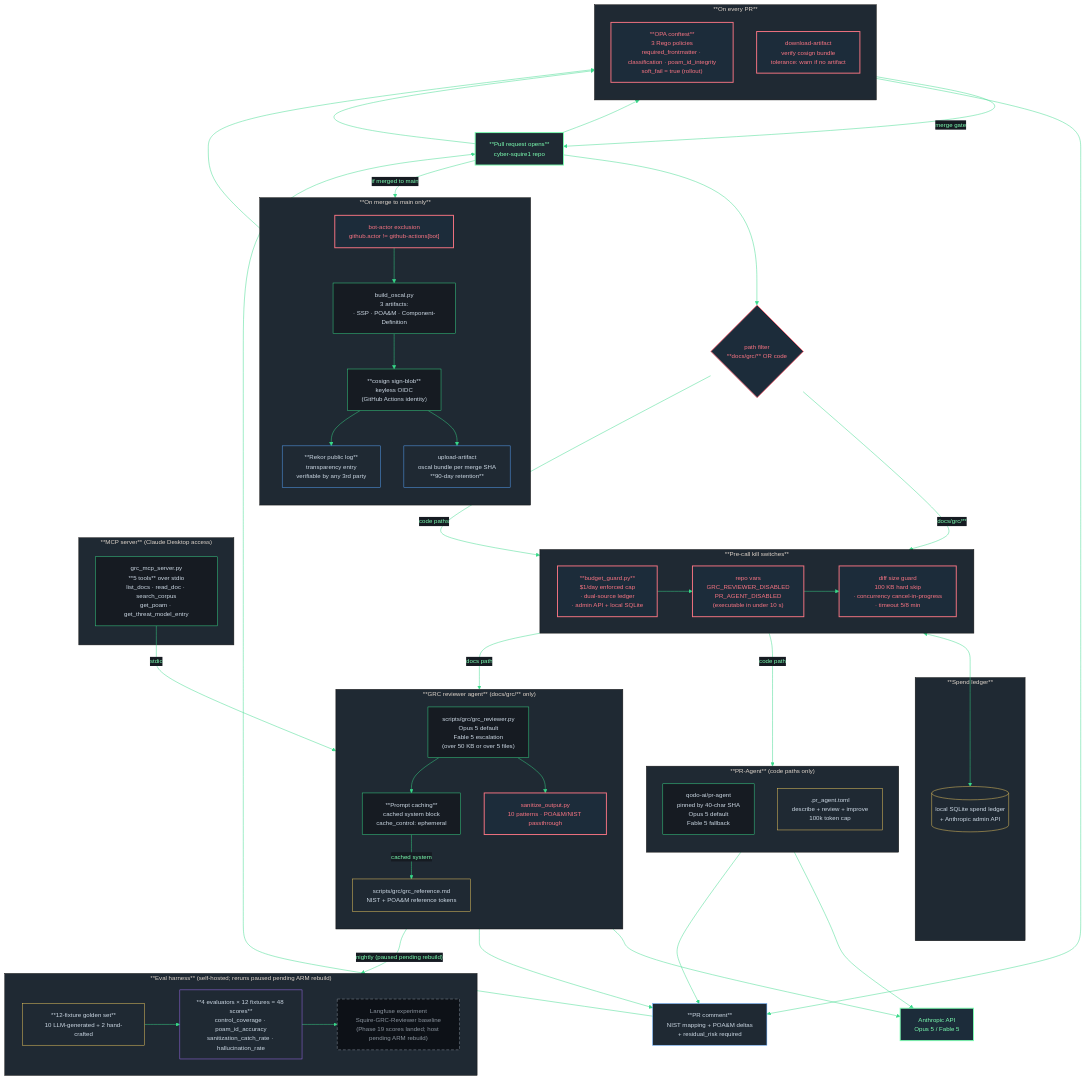
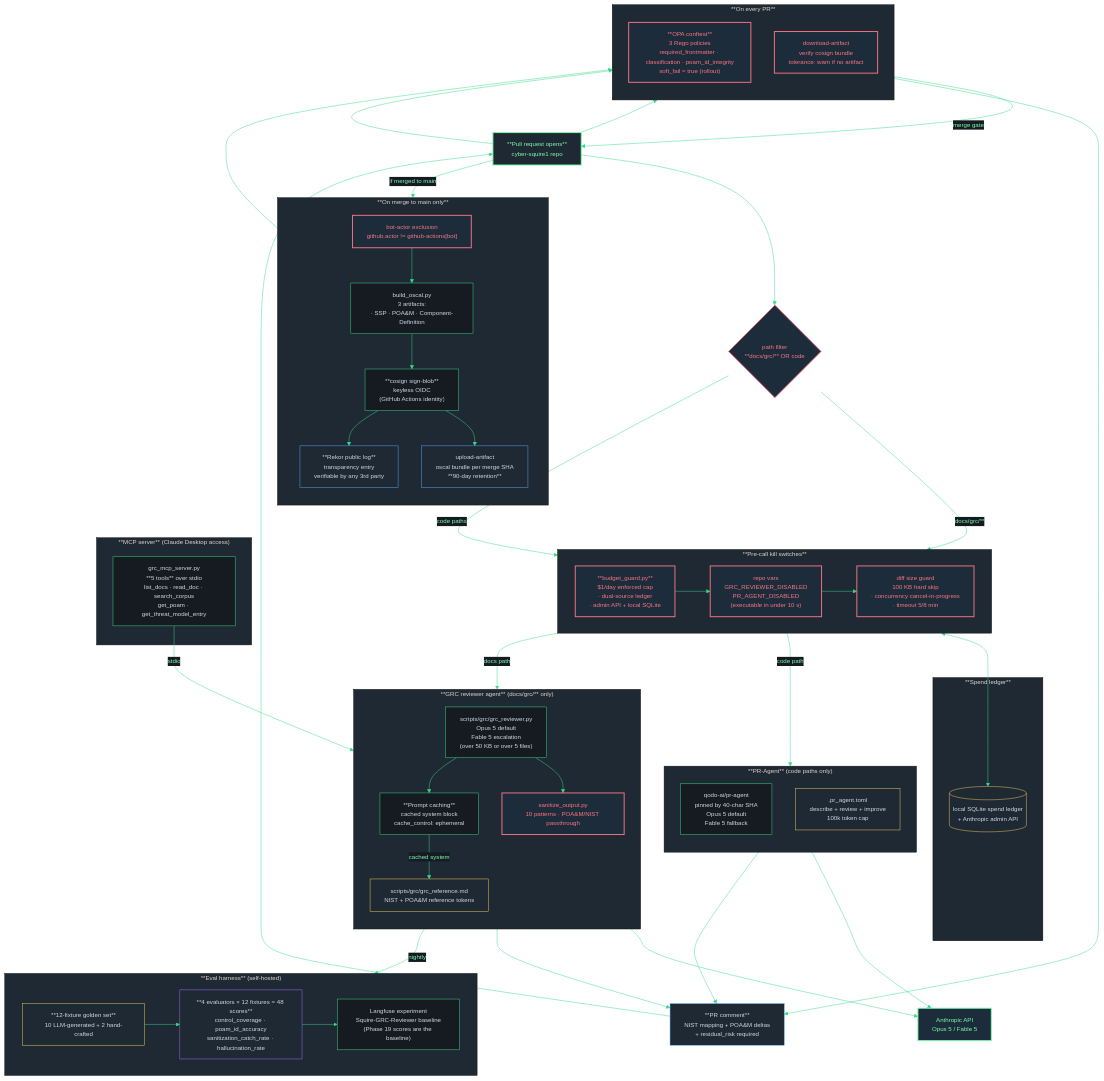
One commit to ET-sec/cyber-squire1 changed the diagram in docs/architecture/INFORMATION_FLOWS_2.mmd. Above: the diagram before and after it, drawn with Mermaid. The commit also changed 22 other files, not shown here.

```diff
--- a/docs/architecture/INFORMATION_FLOWS_2.mmd
+++ b/docs/architecture/INFORMATION_FLOWS_2.mmd
@@ -1,115 +1,115 @@
 %%{init: {'theme':'base', 'themeVariables': {
   'primaryColor':'#0d1117',
   'primaryTextColor':'#7CFFB2',
   'primaryBorderColor':'#39d98a',
   'lineColor':'#39d98a',
   'secondaryColor':'#161b22',
   'tertiaryColor':'#1f2933',
   'fontFamily':'JetBrains Mono, Menlo, monospace',
   'fontSize':'13px'
 }}}%%
 flowchart TB
 
   classDef src fill:#1f2933,stroke:#7CFFB2,color:#7CFFB2,stroke-width:2px
   classDef gate fill:#1c2c3a,stroke:#f97583,color:#f97583,stroke-width:2px
   classDef agent fill:#161b22,stroke:#39d98a,color:#cdd9e5
   classDef model fill:#1c2c3a,stroke:#7CFFB2,color:#7CFFB2,stroke-width:2px
   classDef store fill:#1f2933,stroke:#f2cc60,color:#cdd9e5
   classDef obs fill:#1f2933,stroke:#a371f7,color:#cdd9e5
   classDef out fill:#1f2933,stroke:#58a6ff,color:#cdd9e5
-  classDef pending fill:#0d1117,stroke:#8b949e,color:#8b949e,stroke-dasharray:6 4
+  classDef tier fill:#161b22,stroke:#39d98a,color:#cdd9e5
 
   PR["**Pull request opens**<br/>cyber-squire1 repo"]:::src
 
   PATH{"path filter<br/>**docs/grc/** OR code"}:::gate
 
   subgraph BUDGET["**Pre-call kill switches**"]
     direction LR
     BG["**budget_guard.py**<br/>$1/day enforced cap<br/>· dual-source ledger<br/>· admin API + local SQLite"]:::gate
     KILL["repo vars<br/>GRC_REVIEWER_DISABLED<br/>PR_AGENT_DISABLED<br/>(executable in under 10 s)"]:::gate
     SIZE["diff size guard<br/>100 KB hard skip<br/>· concurrency cancel-in-progress<br/>· timeout 5/8 min"]:::gate
   end
 
   subgraph DOCAGENT["**GRC reviewer agent** (docs/grc/** only)"]
     direction TB
     GRCREV["scripts/grc/grc_reviewer.py<br/>Opus 5 default<br/>Fable 5 escalation<br/>(over 50 KB or over 5 files)"]:::agent
     PCACHE["**Prompt caching**<br/>cached system block<br/>cache_control: ephemeral"]:::agent
     GRCREF["scripts/grc/grc_reference.md<br/>NIST + POA&M reference tokens"]:::store
     SAN["sanitize_output.py<br/>10 patterns · POA&M/NIST passthrough"]:::gate
   end
 
   subgraph CODEAGENT["**PR-Agent** (code paths only)"]
     direction TB
     PRA["qodo-ai/pr-agent<br/>pinned by 40-char SHA<br/>Opus 5 default<br/>Fable 5 fallback"]:::agent
     PRACONF[".pr_agent.toml<br/>describe + review + improve<br/>100k token cap"]:::store
   end
 
   subgraph MCP["**MCP server** (Claude Desktop access)"]
     MCPSRV["grc_mcp_server.py<br/>**5 tools** over stdio<br/>list_docs · read_doc · search_corpus<br/>get_poam · get_threat_model_entry"]:::agent
   end
 
   subgraph MERGE["**On merge to main only**"]
     direction TB
     MGUARD["bot-actor exclusion<br/>github.actor != github-actions[bot]"]:::gate
     BUILDOSCAL["build_oscal.py<br/>3 artifacts:<br/>· SSP · POA&M · Component-Definition"]:::agent
     COSIGN["**cosign sign-blob**<br/>keyless OIDC<br/>(GitHub Actions identity)"]:::agent
     REKOR["**Rekor public log**<br/>transparency entry<br/>verifiable by any 3rd party"]:::out
     UPLOAD["upload-artifact<br/>oscal bundle per merge SHA<br/>**90-day retention**"]:::out
   end
 
   subgraph PRGATE["**On every PR**"]
     direction TB
     OPA["**OPA conftest**<br/>3 Rego policies<br/>required_frontmatter · classification · poam_id_integrity<br/>soft_fail = true (rollout)"]:::gate
     DDLOAD["download-artifact<br/>verify cosign bundle<br/>tolerance: warn if no artifact"]:::gate
   end
 
-  subgraph EVAL["**Eval harness** (self-hosted; reruns paused pending ARM rebuild)"]
+  subgraph EVAL["**Eval harness** (self-hosted)"]
     direction LR
     GOLDEN["**12-fixture golden set**<br/>10 LLM-generated + 2 hand-crafted"]:::store
-    LFEXP["Langfuse experiment<br/>Squire-GRC-Reviewer baseline<br/>(Phase 19 scores landed; host pending ARM rebuild)"]:::pending
+    LFEXP["Langfuse experiment<br/>Squire-GRC-Reviewer baseline<br/>(Phase 19 scores are the baseline)"]:::tier
     EVALS["**4 evaluators × 12 fixtures = 48 scores**<br/>control_coverage · poam_id_accuracy<br/>sanitization_catch_rate · hallucination_rate"]:::obs
   end
 
   subgraph BUDGETLEDGER["**Spend ledger**"]
     LEDGER[("local SQLite spend ledger<br/>+ Anthropic admin API")]:::store
   end
 
   ANTH["Anthropic API<br/>Opus 5 / Fable 5"]:::model
   COMMENT["**PR comment**<br/>NIST mapping + POA&M deltas<br/>+ residual_risk required"]:::out
 
   PR --> PATH
   PATH -->|docs/grc/**| BG
   PATH -->|code paths| BG
   BG --> KILL
   KILL --> SIZE
   SIZE -->|docs path| GRCREV
   SIZE -->|code path| PRA
 
   GRCREV --> PCACHE
   PCACHE -->|cached system| GRCREF
   GRCREV --> ANTH
   GRCREV --> SAN
   SAN --> COMMENT
   PRA --> ANTH
   PRA --> COMMENT
   COMMENT --> PR
 
   BG <--> LEDGER
 
   PR --> OPA
   OPA -->|merge gate| PR
   PR --> DDLOAD
   DDLOAD --> COMMENT
 
   PR -->|if merged to main| MGUARD
   MGUARD --> BUILDOSCAL
   BUILDOSCAL --> COSIGN
   COSIGN --> REKOR
   COSIGN --> UPLOAD
   UPLOAD --> DDLOAD
 
-  GRCREV -->|"nightly (paused pending rebuild)"| EVALS
+  GRCREV -->|nightly| EVALS
   EVALS --> LFEXP
   GOLDEN --> EVALS
 
   MCPSRV -->|stdio| GRCREV
```
